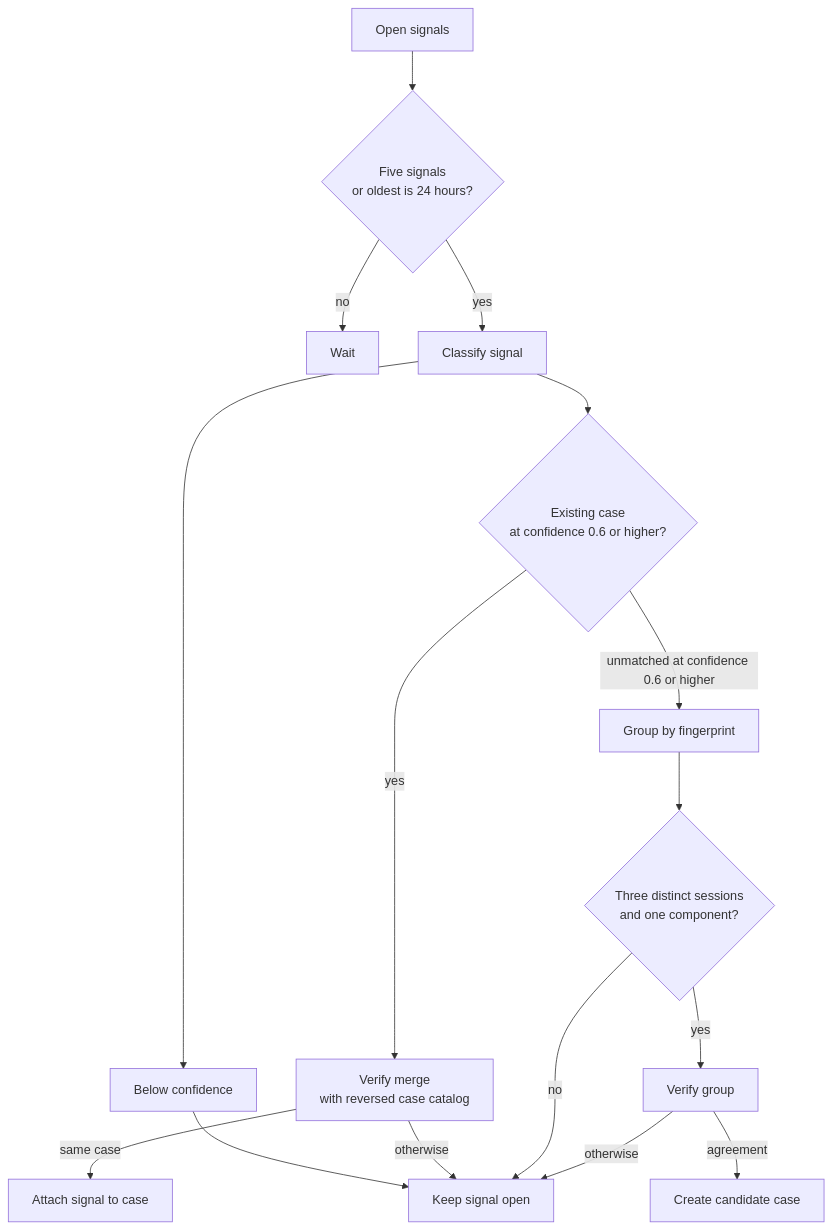
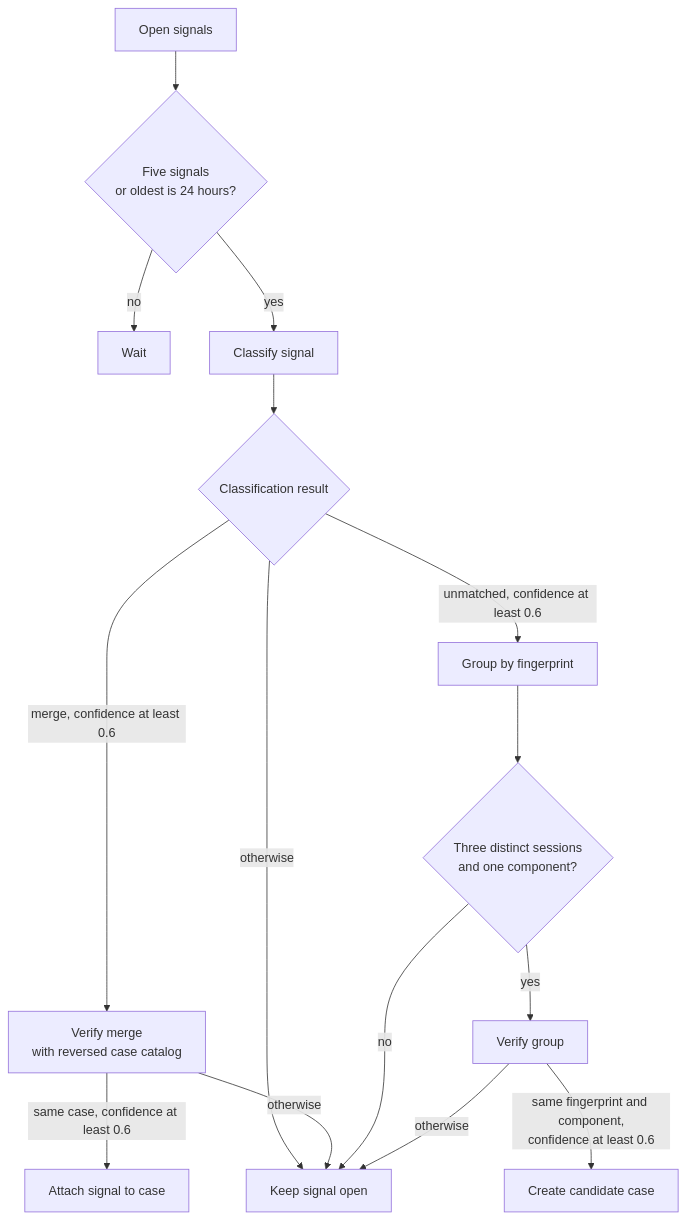
The second of 3 diagrams in README.md (fmguerreiro/agent-flywheel), drawn with Mermaid before and after one commit.

Commit message:
docs: tighten adjudication safeguards

````diff
--- a/README.md
+++ b/README.md
@@ -27,17 +27,17 @@
 ```mermaid
 flowchart TD
     open[Open signals] --> threshold{Five signals<br/>or oldest is 24 hours?}
     threshold -->|no| wait[Wait]
     threshold -->|yes| classify[Classify signal]
-    classify --> merge{Existing case<br/>at confidence 0.6 or higher?}
-    classify --> low[Below confidence] --> pending
-    merge -->|yes| verifyMerge[Verify merge<br/>with reversed case catalog]
-    verifyMerge -->|same case| attach[Attach signal to case]
-    verifyMerge -->|otherwise| pending[Keep signal open]
-    merge -->|unmatched at confidence 0.6 or higher| group[Group by fingerprint]
+    classify --> result{Classification result}
+    result -->|merge, confidence at least 0.6| verifyMerge[Verify merge<br/>with reversed case catalog]
+    result -->|unmatched, confidence at least 0.6| group[Group by fingerprint]
+    result -->|otherwise| pending[Keep signal open]
+    verifyMerge -->|same case, confidence at least 0.6| attach[Attach signal to case]
+    verifyMerge -->|otherwise| pending
     group --> sessions{Three distinct sessions<br/>and one component?}
     sessions -->|no| pending
     sessions -->|yes| verifyGroup[Verify group]
-    verifyGroup -->|agreement| candidate[Create candidate case]
+    verifyGroup -->|same fingerprint and component,<br/>confidence at least 0.6| candidate[Create candidate case]
     verifyGroup -->|otherwise| pending
 ```
````
